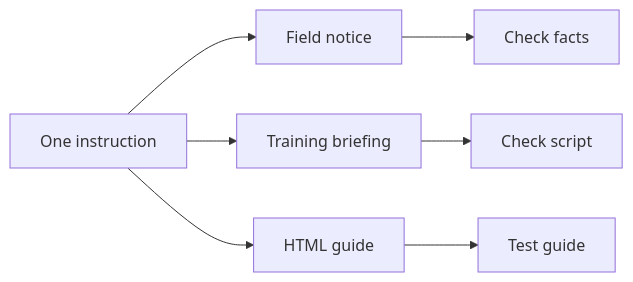
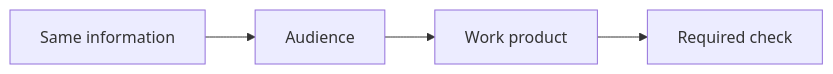
One commit to Ange230700/ibm-ai-foundations-for-everyone-notes changed the diagram in teaching/visuals/s02/en/formats.mmd. Above: the diagram before and after it, drawn with Mermaid. The commit also changed 7 other files, not shown here.

```diff
--- a/teaching/visuals/s02/en/formats.mmd
+++ b/teaching/visuals/s02/en/formats.mmd
@@ -1,7 +1,4 @@
 flowchart LR
- A["One instruction"] --> B["Field notice"]
- A --> C["Training briefing"]
- A --> D["HTML guide"]
- B --> E["Check facts"]
- C --> F["Check script"]
- D --> G["Test guide"]
+ A["Same information"] --> B["Audience"]
+ B --> C["Work product"]
+ C --> D["Required check"]
```
